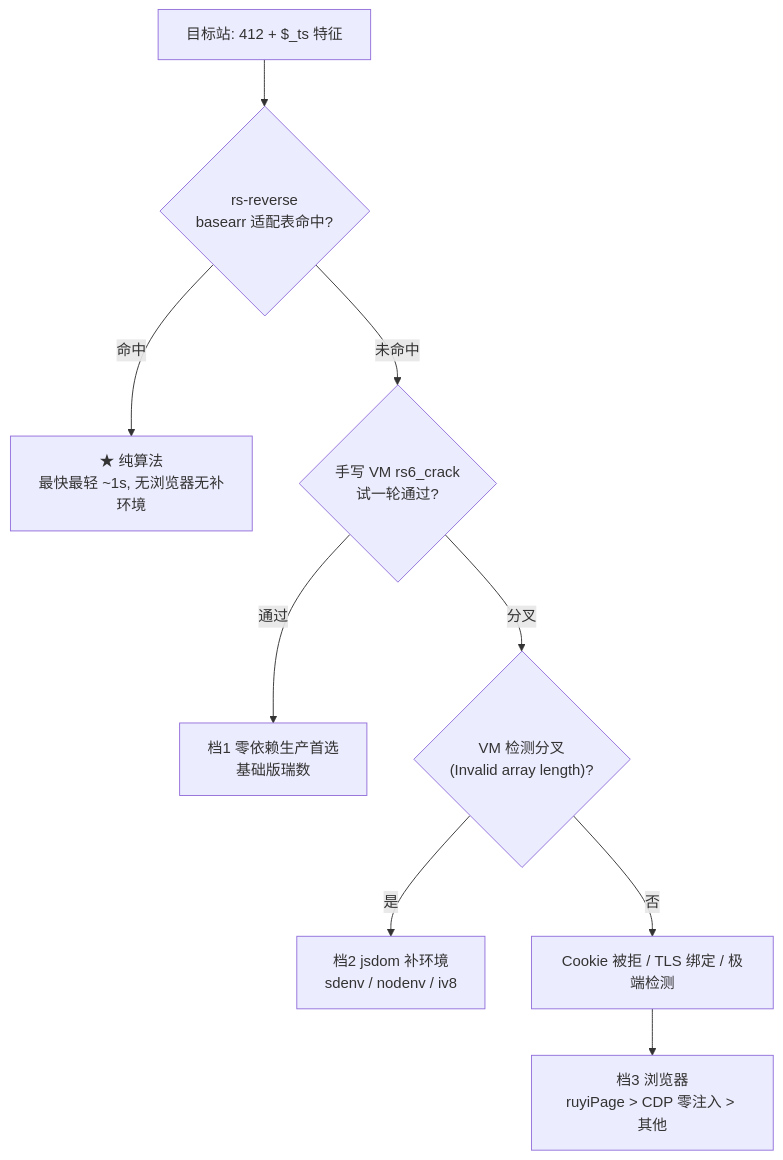
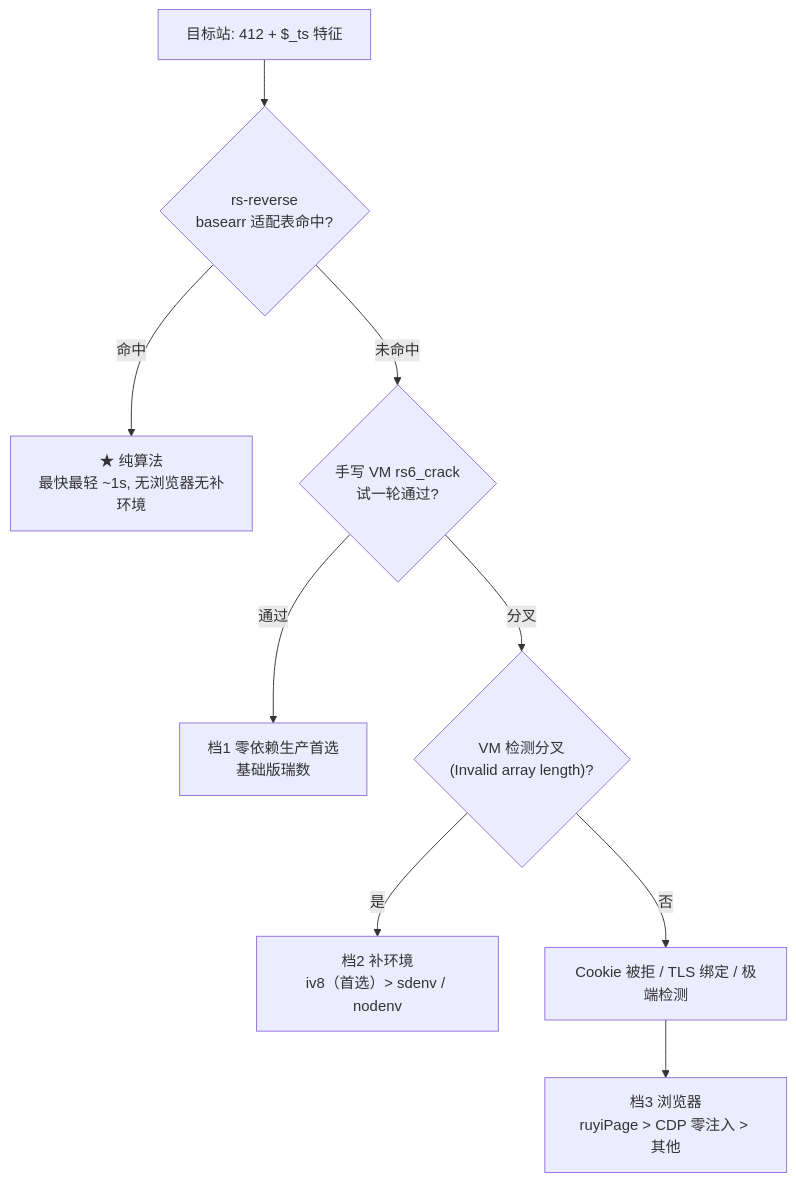
One commit to jimmy-Smile-ltl/ruishuExample changed the first of 2 diagrams in README.md. Above: the diagram before and after it, drawn with Mermaid. The commit also changed other lines of this file and 19 other files, not shown here.

````diff
--- a/README.md
+++ b/README.md
@@ -205,11 +231,11 @@
 ```mermaid
 flowchart TD
   A["目标站: 412 + $_ts 特征"] --> B{"rs-reverse<br>basearr 适配表命中?"}
   B -- 命中 --> C["★ 纯算法<br>最快最轻 ~1s, 无浏览器无补环境"]
   B -- 未命中 --> D{"手写 VM rs6_crack<br>试一轮通过?"}
   D -- 通过 --> E["档1 零依赖生产首选<br>基础版瑞数"]
   D -- 分叉 --> F{"VM 检测分叉<br>(Invalid array length)?"}
-  F -- 是 --> G["档2 jsdom 补环境<br>sdenv / nodenv / iv8"]
+  F -- 是 --> G["档2 补环境<br>iv8（首选）> sdenv / nodenv"]
   F -- 否 --> H["Cookie 被拒 / TLS 绑定 / 极端检测"]
   H --> I["档3 浏览器<br>ruyiPage > CDP 零注入 > 其他"]
 ```
````
